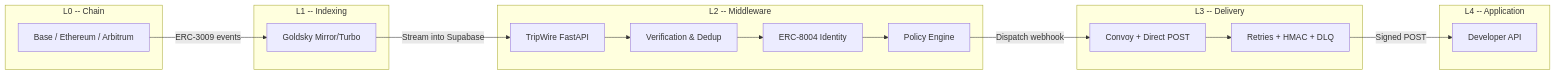
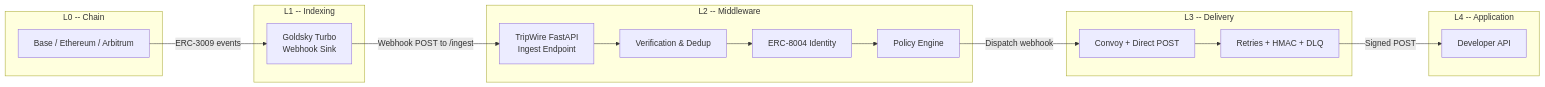
Before and after one commit to sonu96/TripWire: the diagram in README.md, drawn with Mermaid. The commit also changed other lines of this file and 23 other files, not shown here.

````diff
--- a/README.md
+++ b/README.md
@@ -39,33 +41,33 @@
 ```mermaid
 flowchart LR
     subgraph L0["L0 -- Chain"]
         A[Base / Ethereum / Arbitrum]
     end
 
     subgraph L1["L1 -- Indexing"]
-        B[Goldsky Mirror/Turbo]
+        B[Goldsky Turbo<br/>Webhook Sink]
     end
 
     subgraph L2["L2 -- Middleware"]
-        C[TripWire FastAPI]
+        C[TripWire FastAPI<br/>Ingest Endpoint]
         C1[Verification & Dedup]
         C2[ERC-8004 Identity]
         C3[Policy Engine]
         C --> C1 --> C2 --> C3
     end
 
     subgraph L3["L3 -- Delivery"]
         D[Convoy + Direct POST]
         D1[Retries + HMAC + DLQ]
         D --> D1
     end
 
     subgraph L4["L4 -- Application"]
         E[Developer API]
     end
 
     A -- "ERC-3009 events" --> B
-    B -- "Stream into Supabase" --> C
+    B -- "Webhook POST to /ingest" --> C
     C3 -- "Dispatch webhook" --> D
     D1 -- "Signed POST" --> E
 ```
````
